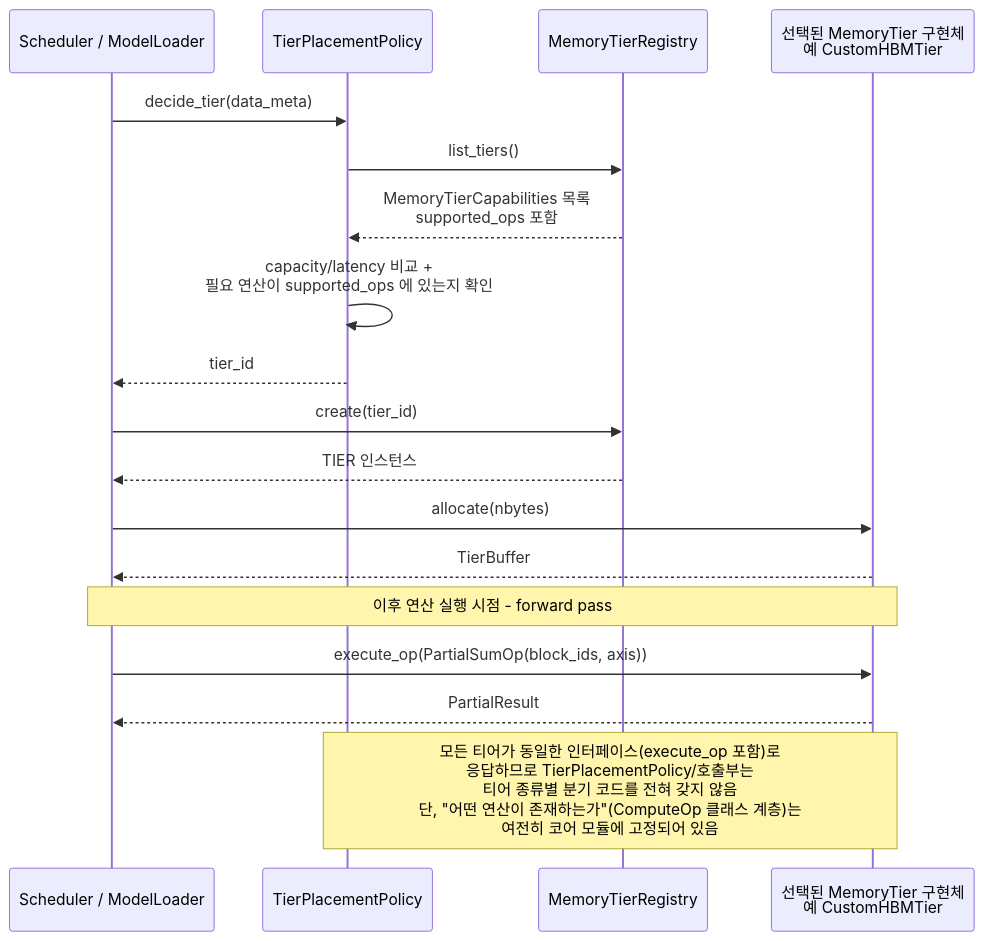
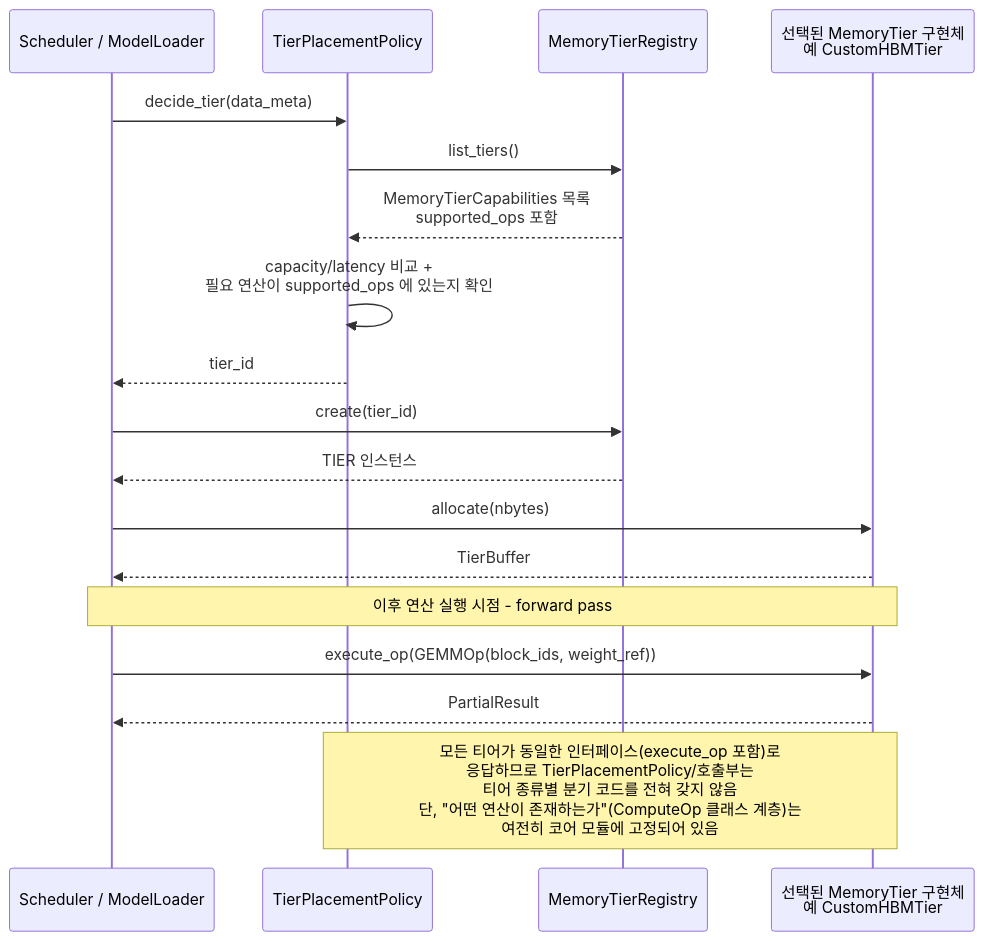
Before and after one commit to mkim0628/vllm: the third of 8 diagrams in doc-mk/vllm-memory-abstraction-level-candidates.md, drawn with Mermaid. The commit also changed other lines of this file, not shown here.

````diff
--- a/doc-mk/vllm-memory-abstraction-level-candidates.md
+++ b/doc-mk/vllm-memory-abstraction-level-candidates.md
@@ -249,23 +265,23 @@
 ```mermaid
 sequenceDiagram
     participant CALLER as Scheduler / ModelLoader
     participant TPP as TierPlacementPolicy
     participant REG as MemoryTierRegistry
     participant TIER as 선택된 MemoryTier 구현체<br/>예 CustomHBMTier
 
     CALLER->>TPP: decide_tier(data_meta)
     TPP->>REG: list_tiers()
     REG-->>TPP: MemoryTierCapabilities 목록<br/>supported_ops 포함
     TPP->>TPP: capacity/latency 비교 +<br/>필요 연산이 supported_ops 에 있는지 확인
     TPP-->>CALLER: tier_id
     CALLER->>REG: create(tier_id)
     REG-->>CALLER: TIER 인스턴스
     CALLER->>TIER: allocate(nbytes)
     TIER-->>CALLER: TierBuffer
 
     Note over CALLER,TIER: 이후 연산 실행 시점 - forward pass
-    CALLER->>TIER: execute_op(PartialSumOp(block_ids, axis))
+    CALLER->>TIER: execute_op(GEMMOp(block_ids, weight_ref))
     TIER-->>CALLER: PartialResult
 
     Note over TPP,TIER: 모든 티어가 동일한 인터페이스(execute_op 포함)로<br/>응답하므로 TierPlacementPolicy/호출부는<br/>티어 종류별 분기 코드를 전혀 갖지 않음<br/>단, "어떤 연산이 존재하는가"(ComputeOp 클래스 계층)는<br/>여전히 코어 모듈에 고정되어 있음
 ```
````
